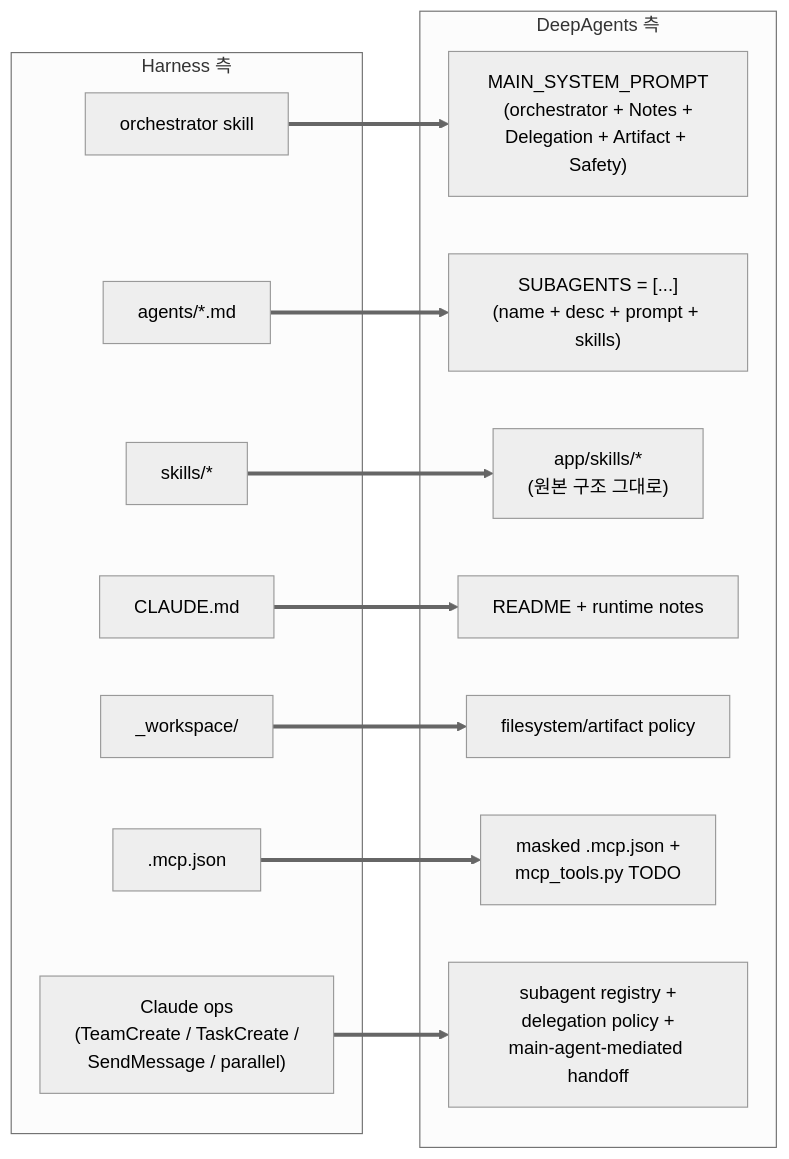
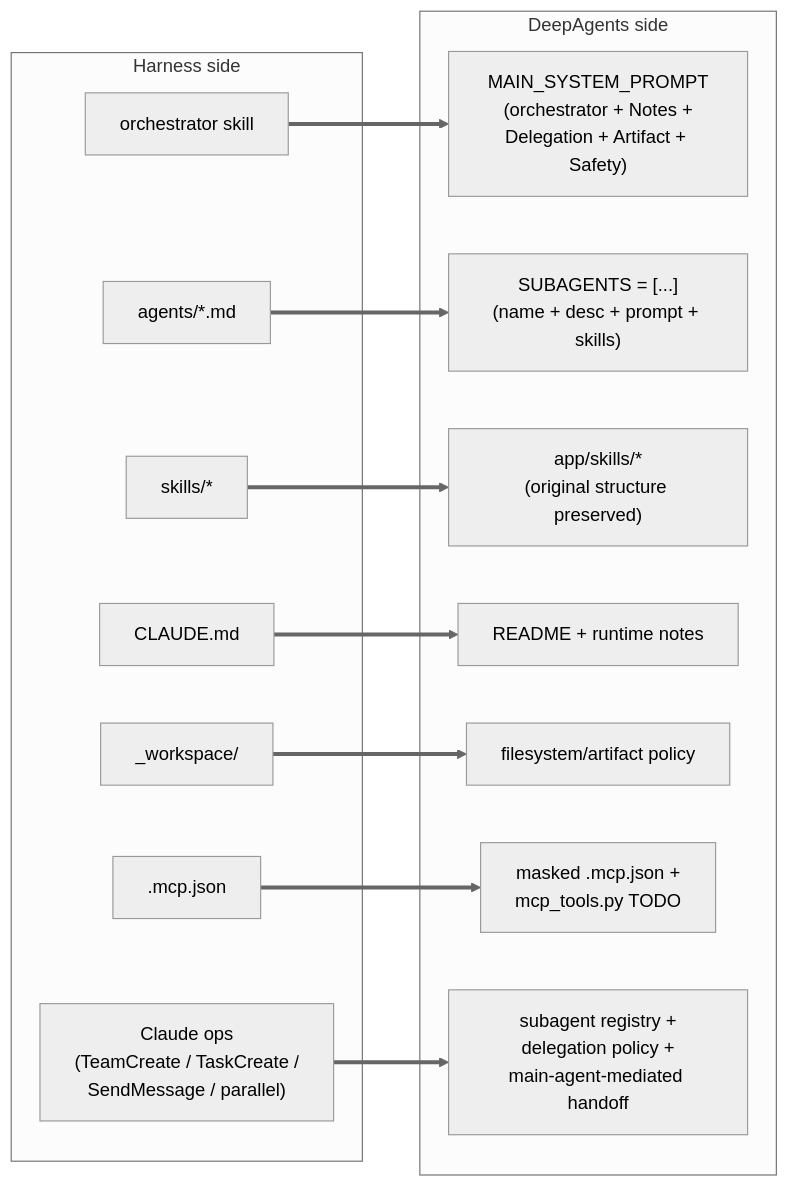
The eighth of 10 diagrams in .claude/skills/harness2deepagents/README.md (tykimos/harness2deepagents), drawn with Mermaid (neutral theme) before and after one commit. The commit also changed other lines of this file and 3 other files, not shown here.

````diff
--- a/.claude/skills/harness2deepagents/README.md
+++ b/.claude/skills/harness2deepagents/README.md
@@ -310,31 +312,31 @@
 ```mermaid
 graph LR
 
-    subgraph HARNESS["Harness 측"]
+    subgraph HARNESS["Harness side"]
         H_O["orchestrator skill"]
         H_A["agents/*.md"]
         H_S["skills/*"]
         H_C["CLAUDE.md"]
         H_W["_workspace/"]
         H_M[".mcp.json"]
         H_Op["Claude ops<br/>(TeamCreate / TaskCreate /<br/>SendMessage / parallel)"]
     end
 
-    subgraph DA["DeepAgents 측"]
+    subgraph DA["DeepAgents side"]
         D_M["MAIN_SYSTEM_PROMPT<br/>(orchestrator + Notes +<br/>Delegation + Artifact + Safety)"]
         D_S["SUBAGENTS = [...]<br/>(name + desc + prompt + skills)"]
-        D_Sk["app/skills/*<br/>(원본 구조 그대로)"]
+        D_Sk["app/skills/*<br/>(original structure preserved)"]
         D_R["README + runtime notes"]
         D_F["filesystem/artifact policy"]
         D_Mcp["masked .mcp.json +<br/>mcp_tools.py TODO"]
         D_Reg["subagent registry +<br/>delegation policy +<br/>main-agent-mediated handoff"]
     end
 
     H_O ==> D_M
     H_A ==> D_S
     H_S ==> D_Sk
     H_C ==> D_R
     H_W ==> D_F
     H_M ==> D_Mcp
     H_Op ==> D_Reg
 ```
````
